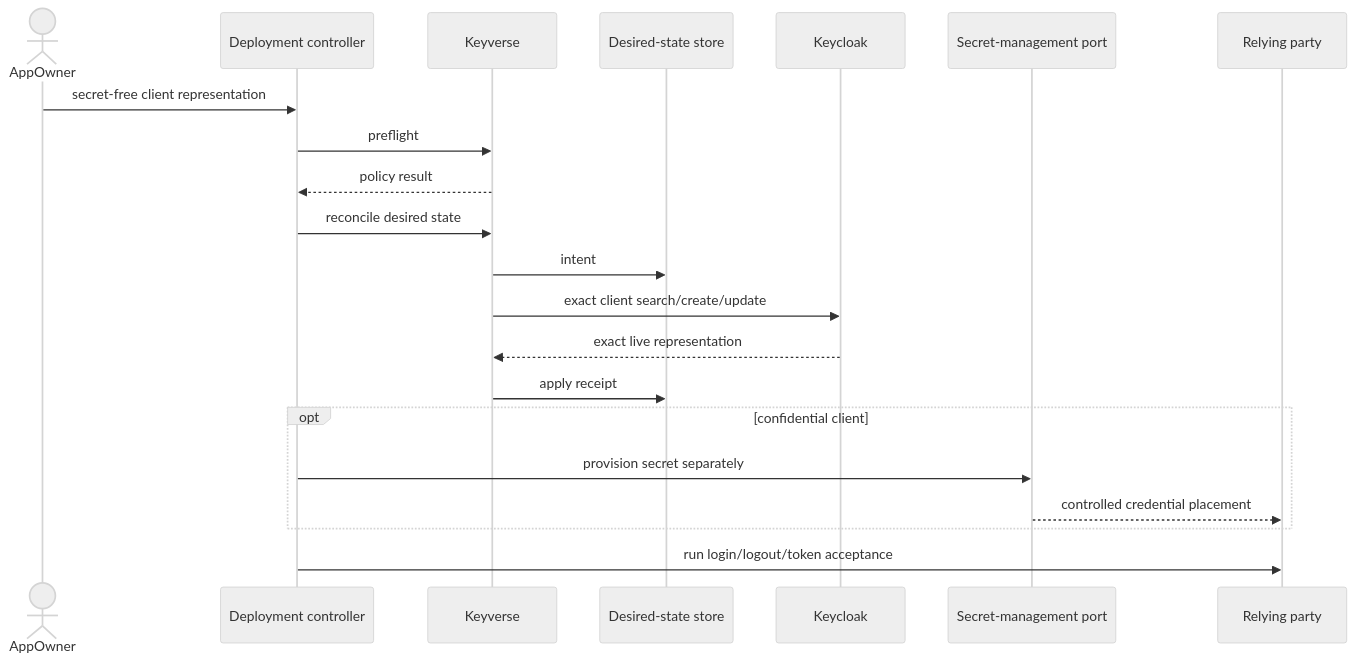
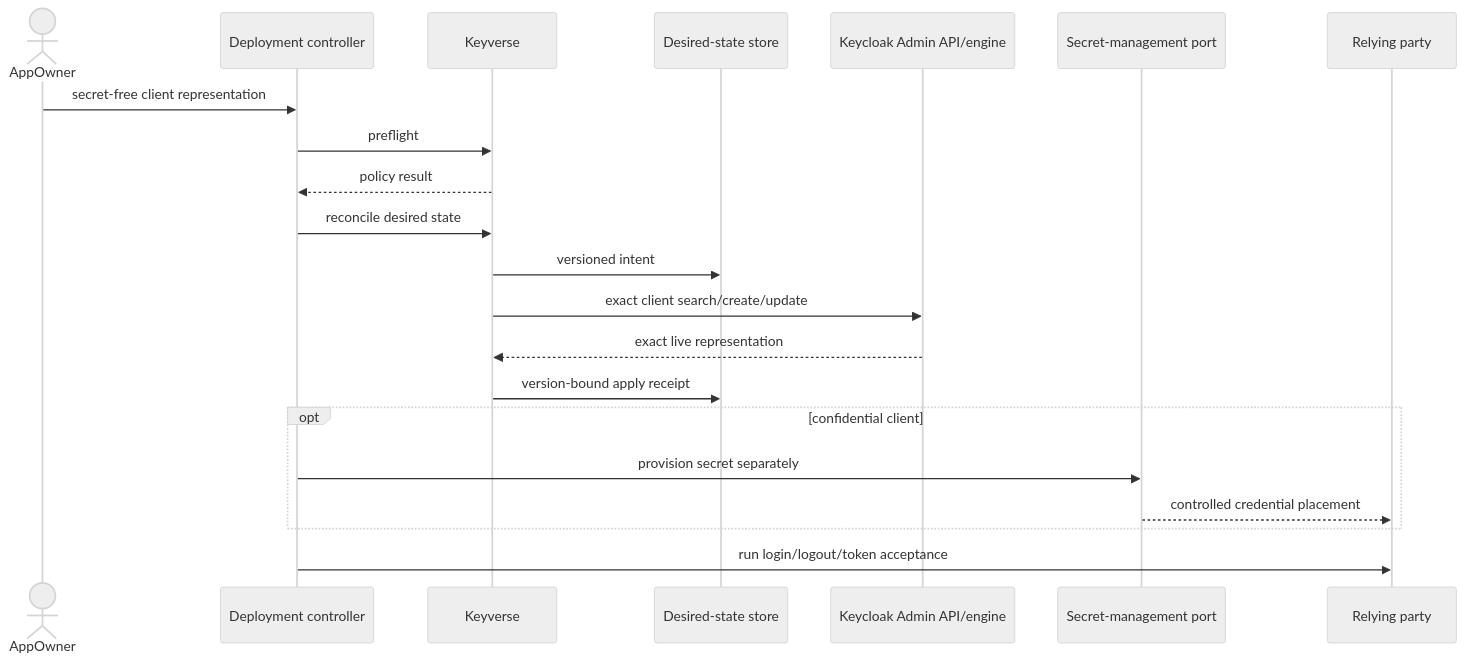
Before and after one commit to ContextualWisdomLab/keyverse: the third of 6 diagrams in docs/UML.md, drawn with Mermaid (neutral theme). The commit also changed other lines of this file, not shown here.

Commit message:
docs: separate Keycloak and Keyverse storage authority

````diff
--- a/docs/UML.md
+++ b/docs/UML.md
@@ -58,24 +64,24 @@
 ```mermaid
 sequenceDiagram
     actor AppOwner
     participant Deploy as Deployment controller
     participant Keyverse
     participant Store as Desired-state store
-    participant Keycloak
+    participant Keycloak as Keycloak Admin API/engine
     participant Secret as Secret-management port
     participant App as Relying party
 
     AppOwner->>Deploy: secret-free client representation
     Deploy->>Keyverse: preflight
     Keyverse-->>Deploy: policy result
     Deploy->>Keyverse: reconcile desired state
-    Keyverse->>Store: intent
+    Keyverse->>Store: versioned intent
     Keyverse->>Keycloak: exact client search/create/update
     Keycloak-->>Keyverse: exact live representation
-    Keyverse->>Store: apply receipt
+    Keyverse->>Store: version-bound apply receipt
     opt confidential client
         Deploy->>Secret: provision secret separately
         Secret-->>App: controlled credential placement
     end
     Deploy->>App: run login/logout/token acceptance
 ```
````
